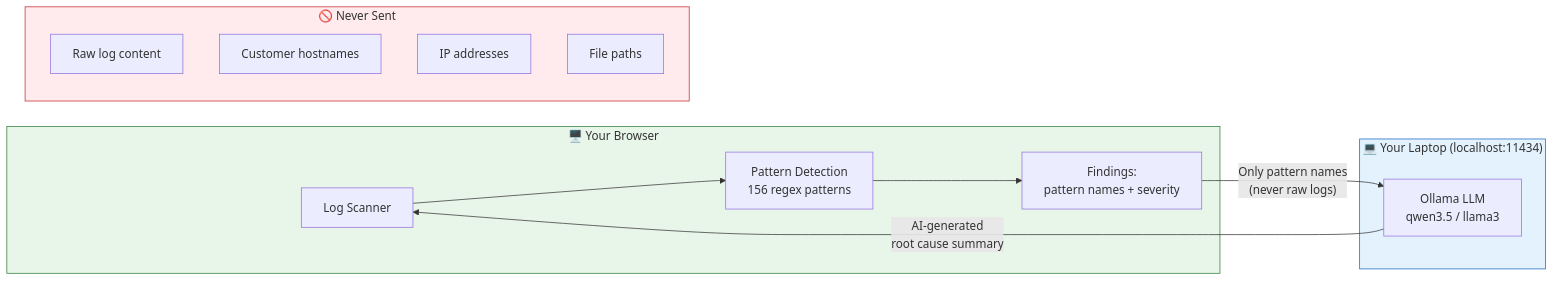
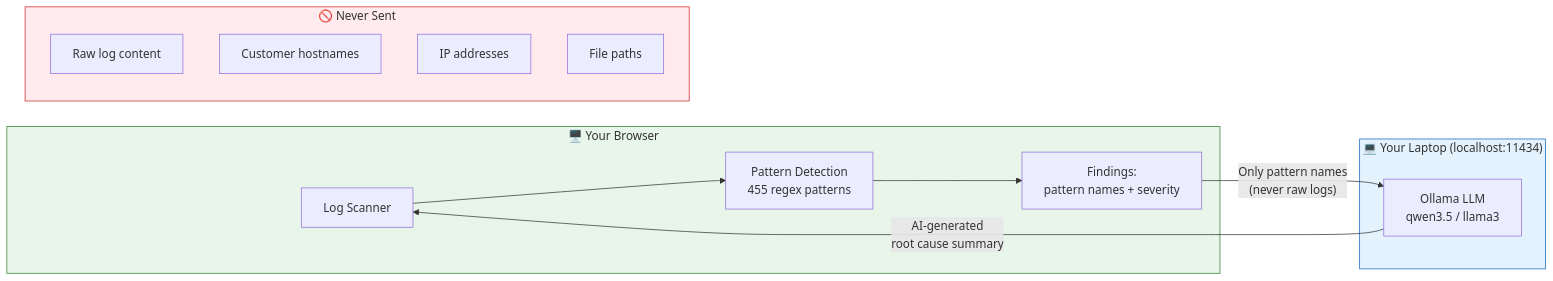
Diagram 12 of 15 in README.md (yadakrishna245/Log_analysis), drawn with Mermaid before and after one commit. The commit also changed other lines of this file, not shown here.

Commit message:
docs: Update README - 455 patterns, 120 issues, 14 categories, Docker section, proper folder structure

````diff
--- a/README.md
+++ b/README.md
@@ -583,25 +590,25 @@
 ```mermaid
 flowchart LR
     subgraph BROWSER["🖥️ Your Browser"]
-        A[Log Scanner] --> B[Pattern Detection<br/>156 regex patterns]
+        A[Log Scanner] --> B[Pattern Detection<br/>455 regex patterns]
         B --> C[Findings:<br/>pattern names + severity]
     end
 
     subgraph LOCAL["💻 Your Laptop (localhost:11434)"]
         D[Ollama LLM<br/>qwen3.5 / llama3]
     end
 
     C -->|"Only pattern names<br/>(never raw logs)"| D
     D -->|"AI-generated<br/>root cause summary"| A
 
     subgraph NEVER["🚫 Never Sent"]
         E[Raw log content]
         F[Customer hostnames]
         G[IP addresses]
         H[File paths]
     end
 
     style BROWSER fill:#e8f5e9,stroke:#2e7d32
     style LOCAL fill:#e3f2fd,stroke:#1565c0
     style NEVER fill:#ffebee,stroke:#c62828
 ```
````
